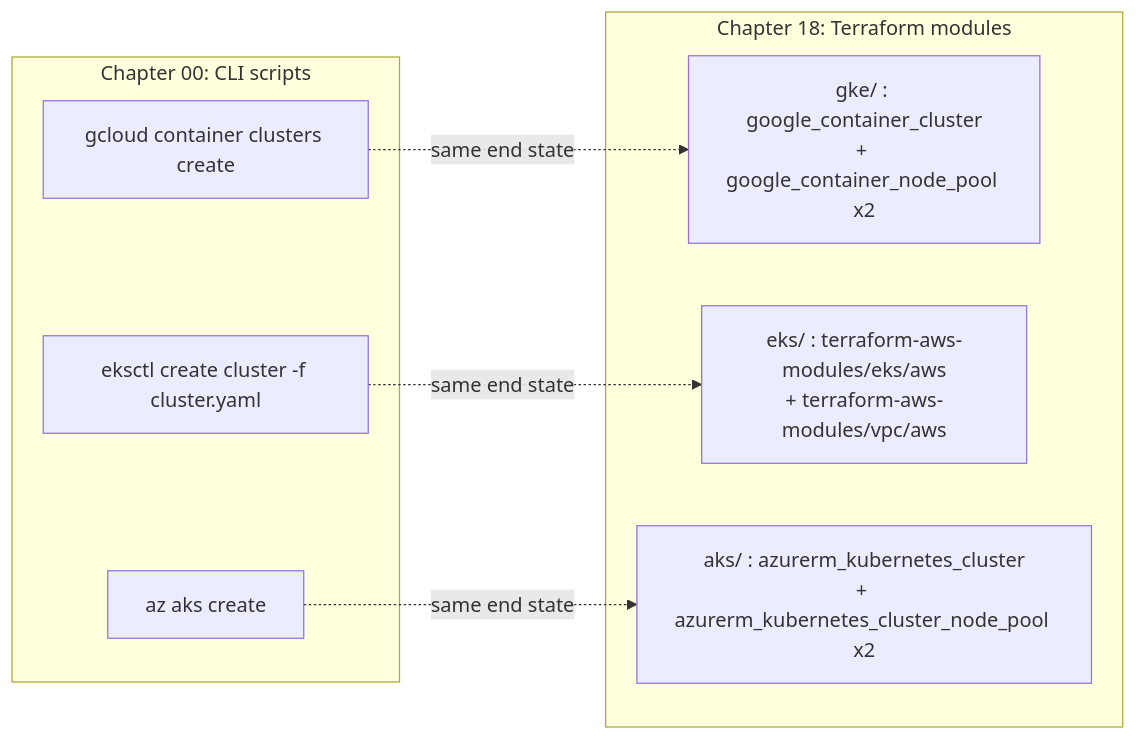
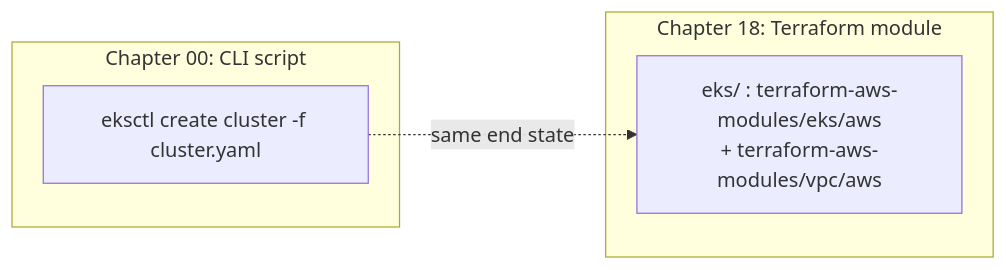
The diagram in 18-infrastructure-as-code/README.md (GitOpsHub/kubernetes-ai-infrastructure), drawn with Mermaid before and after one commit. The commit also changed other lines of this file and 25 other files, not shown here.

````diff
--- a/18-infrastructure-as-code/README.md
+++ b/18-infrastructure-as-code/README.md
@@ -99,16 +95,10 @@
 ```mermaid
 flowchart LR
-  subgraph CLI["Chapter 00: CLI scripts"]
-    G1[gcloud container clusters create]
+  subgraph CLI["Chapter 00: CLI script"]
     E1["eksctl create cluster -f cluster.yaml"]
-    A1[az aks create]
   end
-  subgraph TF["Chapter 18: Terraform modules"]
-    G2["gke/ : google_container_cluster<br/>+ google_container_node_pool x2"]
+  subgraph TF["Chapter 18: Terraform module"]
     E2["eks/ : terraform-aws-modules/eks/aws<br/>+ terraform-aws-modules/vpc/aws"]
-    A2["aks/ : azurerm_kubernetes_cluster<br/>+ azurerm_kubernetes_cluster_node_pool x2"]
   end
-  G1 -.same end state.-> G2
   E1 -.same end state.-> E2
-  A1 -.same end state.-> A2
 ```
````
